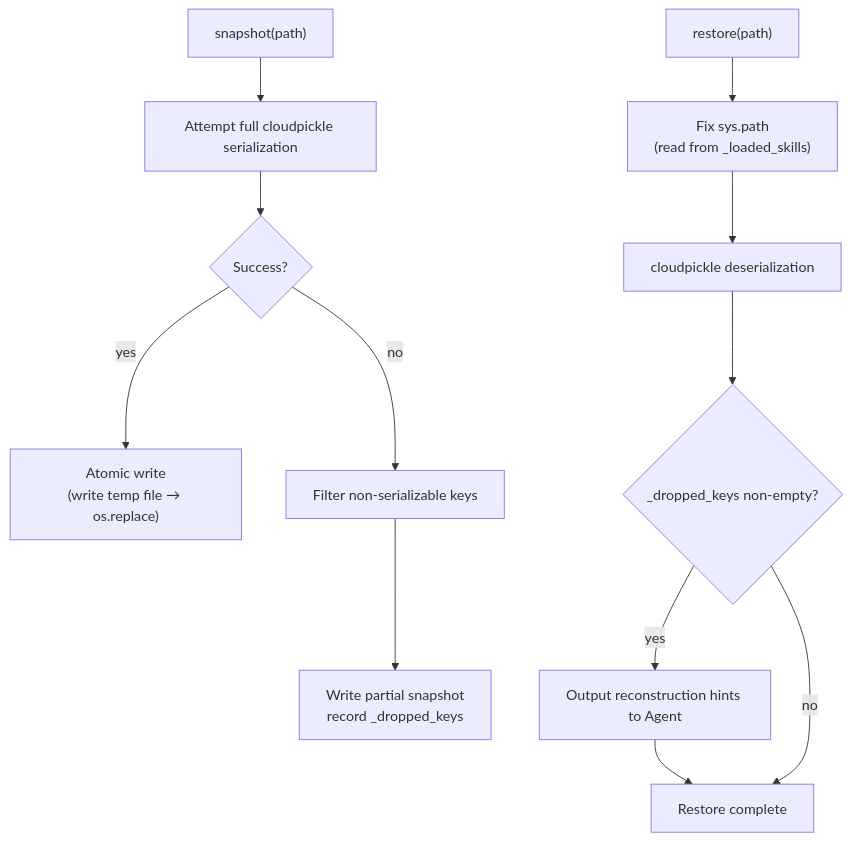
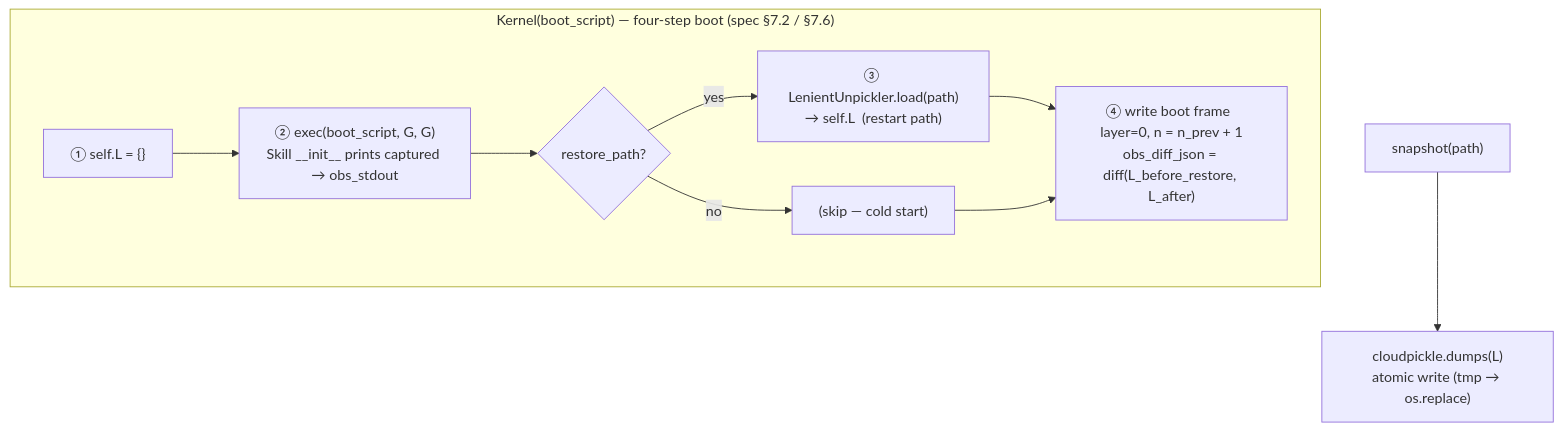
Before and after one commit to vessal-ai/vessal: the second of 2 diagrams in src/vessal/ark/shell/hull/cell/kernel/README.md, drawn with Mermaid. The commit also changed other lines of this file and 1 other file, not shown here.

Commit message:
docs: align CONTEXT/README/whitepaper with PR 4 boot frame

````diff
--- a/src/vessal/ark/shell/hull/cell/kernel/README.md
+++ b/src/vessal/ark/shell/hull/cell/kernel/README.md
@@ -46,25 +47,19 @@
 ```mermaid
 flowchart TD
+    subgraph boot["Kernel(boot_script) — four-step boot (spec §7.2 / §7.6)"]
+        S1["① self.L = {}"]
+        S2["② exec(boot_script, G, G)\nSkill __init__ prints captured → obs_stdout"]
+        S3{"restore_path?"}
+        S3a["③ LenientUnpickler.load(path)\n→ self.L  (restart path)"]
+        S3b["(skip — cold start)"]
+        S4["④ write boot frame  layer=0, n = n_prev + 1\nobs_diff_json = diff(L_before_restore, L_after)"]
+    end
+
     Snapshot["snapshot(path)"]
-    TryFull["Attempt full cloudpickle serialization"]
-    FullOK{Success?}
-    AtomicWrite["Atomic write\n(write temp file → os.replace)"]
-    Filter["Filter non-serializable keys"]
-    PartialWrite["Write partial snapshot\nrecord _dropped_keys"]
+    AtomicWrite["cloudpickle.dumps(L)\natomic write (tmp → os.replace)"]
 
-    Restore["restore(path)"]
-    FixPath["Fix sys.path\n(read from _loaded_skills)"]
-    Unpickle["cloudpickle deserialization"]
-    CheckDropped{_dropped_keys non-empty?}
-    Signal["Output reconstruction hints to Agent"]
-    Done["Restore complete"]
-
-    Snapshot --> TryFull
-    TryFull --> FullOK
-    FullOK -->|yes| AtomicWrite
-    FullOK -->|no| Filter --> PartialWrite
-
-    Restore --> FixPath --> Unpickle --> CheckDropped
-    CheckDropped -->|yes| Signal --> Done
-    CheckDropped -->|no| Done
+    S1 --> S2 --> S3
+    S3 -->|yes| S3a --> S4
+    S3 -->|no| S3b --> S4
+    Snapshot --> AtomicWrite
 ```
````
